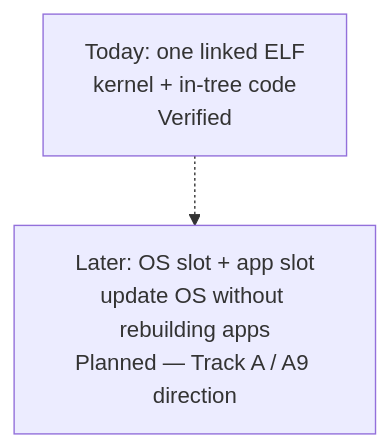
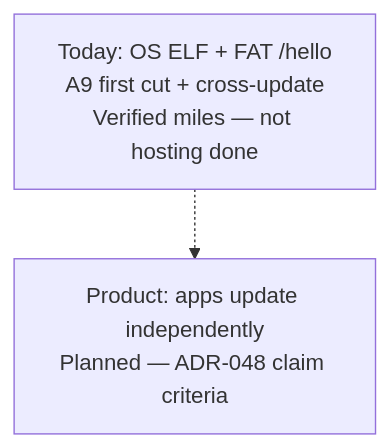
The first of 2 diagrams in docs/overview/hosting-apps.md (artofdream/ctos), drawn with Mermaid before and after one commit. The commit also changed other lines of this file and 13 other files, not shown here.

````diff
--- a/docs/overview/hosting-apps.md
+++ b/docs/overview/hosting-apps.md
@@ -15,6 +15,6 @@
 ```mermaid
 flowchart TD
-  TODAY["Today: one linked ELF<br/>kernel + in-tree code<br/>Verified"]
-  LATER["Later: OS slot + app slot<br/>update OS without rebuilding apps<br/>Planned — Track A / A9 direction"]
+  TODAY["Today: OS ELF + FAT /hello<br/>A9 first cut + cross-update<br/>Verified miles — not hosting done"]
+  LATER["Product: apps update independently<br/>Planned — ADR-048 claim criteria"]
   TODAY -.-> LATER
 ```
````
